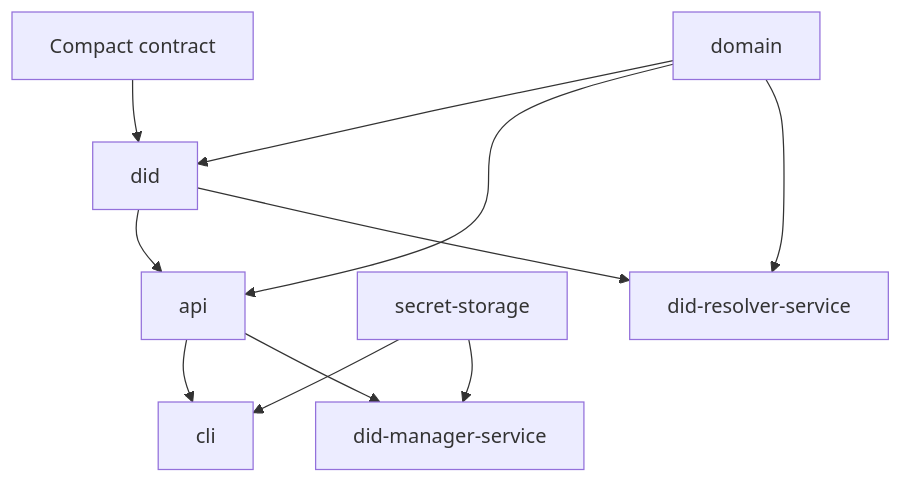
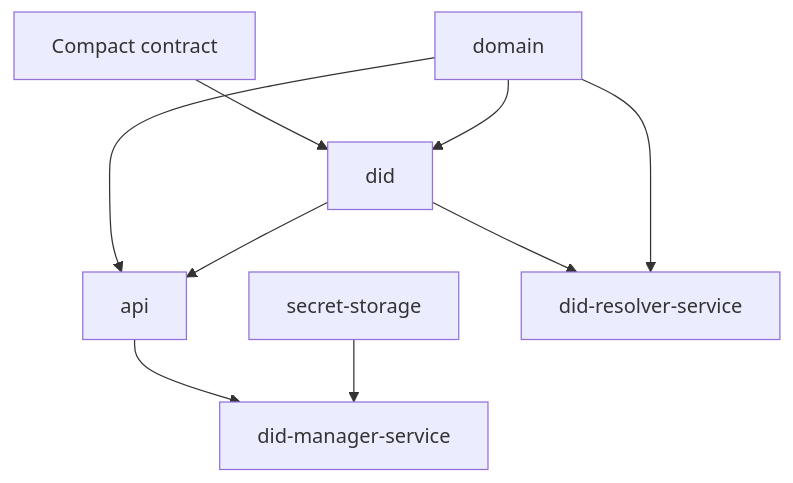
The diagram in docs-site/architecture/index.md (midnightntwrk/midnight-did), drawn with Mermaid before and after one commit. The commit also changed other lines of this file and 66 other files, not shown here.

````diff
--- a/docs-site/architecture/index.md
+++ b/docs-site/architecture/index.md
@@ -26,22 +24,19 @@
 ```mermaid
 graph TD
   Contract[Compact contract]
   Domain[domain]
   DidPkg[did]
   API[api]
   Secrets[secret-storage]
-  CLI[cli]
   Resolver[did-resolver-service]
   Manager[did-manager-service]
 
   Contract --> DidPkg
   Domain --> DidPkg
   Domain --> API
   DidPkg --> API
-  Secrets --> CLI
-  API --> CLI
   DidPkg --> Resolver
   Domain --> Resolver
   API --> Manager
   Secrets --> Manager
 ```
````
